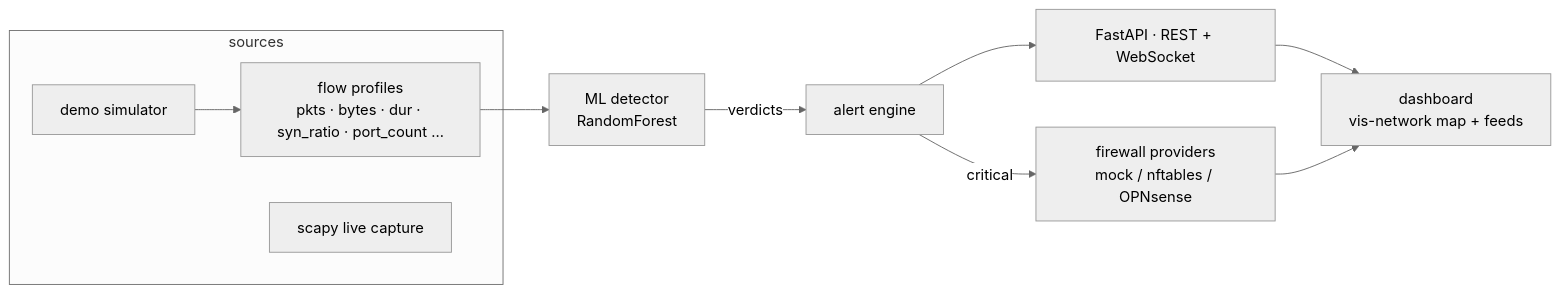
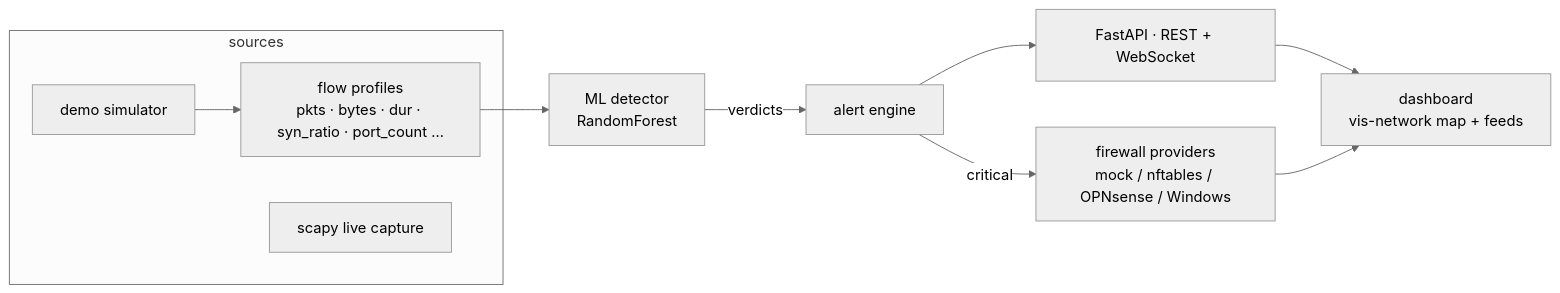
Before and after one commit to bryanherflo/lassinet: the diagram in README.md, drawn with Mermaid (neutral theme). The commit also changed other lines of this file and 10 other files, not shown here.

````diff
--- a/README.md
+++ b/README.md
@@ -130,13 +136,13 @@
 ```mermaid
 flowchart LR
     subgraph sources
         D[demo simulator] --> FP[flow profiles<br/>pkts · bytes · dur · syn_ratio · port_count …]
         L[scapy live capture]
     end
     FP --> ML[ML detector<br/>RandomForest]
     ML -->|verdicts| AS[alert engine]
-    AS -->|critical| FW[firewall providers<br/>mock / nftables / OPNsense]
+    AS -->|critical| FW[firewall providers<br/>mock / nftables / OPNsense / Windows]
     AS --> WS[FastAPI · REST + WebSocket]
     WS --> UI[dashboard<br/>vis-network map + feeds]
     FW --> UI
 ```
````
